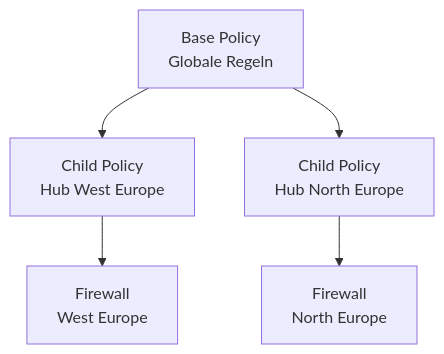
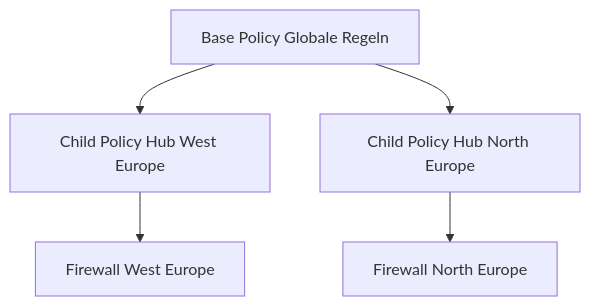
One commit to SoniiiT/notes-n-docs changed the fourth of 5 diagrams in Microsoft 365/Azure/Netzwerk/Azure Firewall.md. Above: the diagram before and after it, drawn with Mermaid. The commit also changed other lines of this file and 124 other files, not shown here.

First line of the commit message:
fix: Entferne \n aus allen Mermaid-Diagrammen (125 Dateien)

````diff
--- a/Microsoft 365/Azure/Netzwerk/Azure Firewall.md
+++ b/Microsoft 365/Azure/Netzwerk/Azure Firewall.md
@@ -191,7 +191,7 @@
 ```mermaid
 graph TD
-    BASE[Base Policy\nGlobale Regeln] --> CHILD1[Child Policy\nHub West Europe]
-    BASE --> CHILD2[Child Policy\nHub North Europe]
-    CHILD1 --> FW1[Firewall\nWest Europe]
-    CHILD2 --> FW2[Firewall\nNorth Europe]
+    BASE[Base Policy Globale Regeln] --> CHILD1[Child Policy Hub West Europe]
+    BASE --> CHILD2[Child Policy Hub North Europe]
+    CHILD1 --> FW1[Firewall West Europe]
+    CHILD2 --> FW2[Firewall North Europe]
 ```
````
